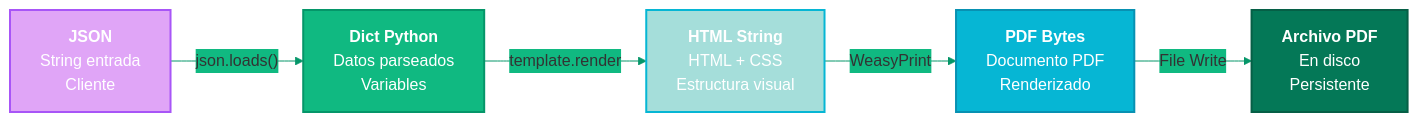
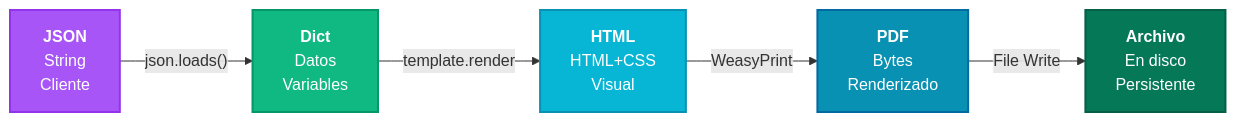
Before and after one commit to cjhirashi/cjhirashi-career: the third of 4 diagrams in docs/DATA_FLOW.md, drawn with Mermaid. The commit also changed other lines of this file and 2 other files, not shown here.

First line of the commit message:
fix: Rebuild Mermaid diagrams with solid color gradients for better visibility

````diff
--- a/docs/DATA_FLOW.md
+++ b/docs/DATA_FLOW.md
@@ -179,23 +170,14 @@
 ```mermaid
-%%{init: {
-  'theme': 'base',
-  'themeVariables': {
-    'primaryColor': '#A855F7',
-    'secondaryColor': '#10B981',
-    'tertiaryColor': '#06B6D4',
-    'lineColor': '#059669'
-  }
-}}%%
+graph LR
+  JSON["<b>JSON</b><br/>String<br/>Cliente"] -->|"json.loads()"| DICT["<b>Dict</b><br/>Datos<br/>Variables"]
+  DICT -->|"template.render"| HTML["<b>HTML</b><br/>HTML+CSS<br/>Visual"]
+  HTML -->|"WeasyPrint"| PDF["<b>PDF</b><br/>Bytes<br/>Renderizado"]
+  PDF -->|"File Write"| FILE["<b>Archivo</b><br/>En disco<br/>Persistente"]
 
-graph LR
-  JSON["<b>JSON</b><br/>String entrada<br/>Cliente"] -->|"json.loads()"| DICT["<b>Dict Python</b><br/>Datos parseados<br/>Variables"]
-  DICT -->|"template.render"| HTML["<b>HTML String</b><br/>HTML + CSS<br/>Estructura visual"]
-  HTML -->|"WeasyPrint"| PDF["<b>PDF Bytes</b><br/>Documento PDF<br/>Renderizado"]
-  PDF -->|"File Write"| FILE["<b>Archivo PDF</b><br/>En disco<br/>Persistente"]
-
-  style JSON fill:#E0A5F7,stroke:#A855F7,stroke-width:2px,color:#fff
+  %% Progresión Morado → Verde → Cyan
+  style JSON fill:#A855F7,stroke:#9333EA,stroke-width:2px,color:#fff
   style DICT fill:#10B981,stroke:#059669,stroke-width:2px,color:#fff
-  style HTML fill:#A5DEDA,stroke:#06B6D4,stroke-width:2px,color:#fff
-  style PDF fill:#06B6D4,stroke:#0891B2,stroke-width:2px,color:#fff
+  style HTML fill:#06B6D4,stroke:#0891B2,stroke-width:2px,color:#fff
+  style PDF fill:#0891B2,stroke:#0369A1,stroke-width:2px,color:#fff
   style FILE fill:#047857,stroke:#065F46,stroke-width:2px,color:#fff
 ```
````
